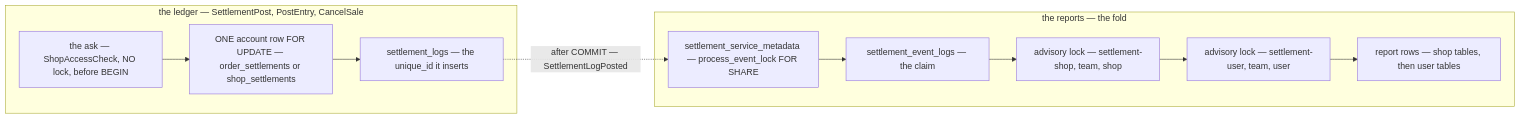
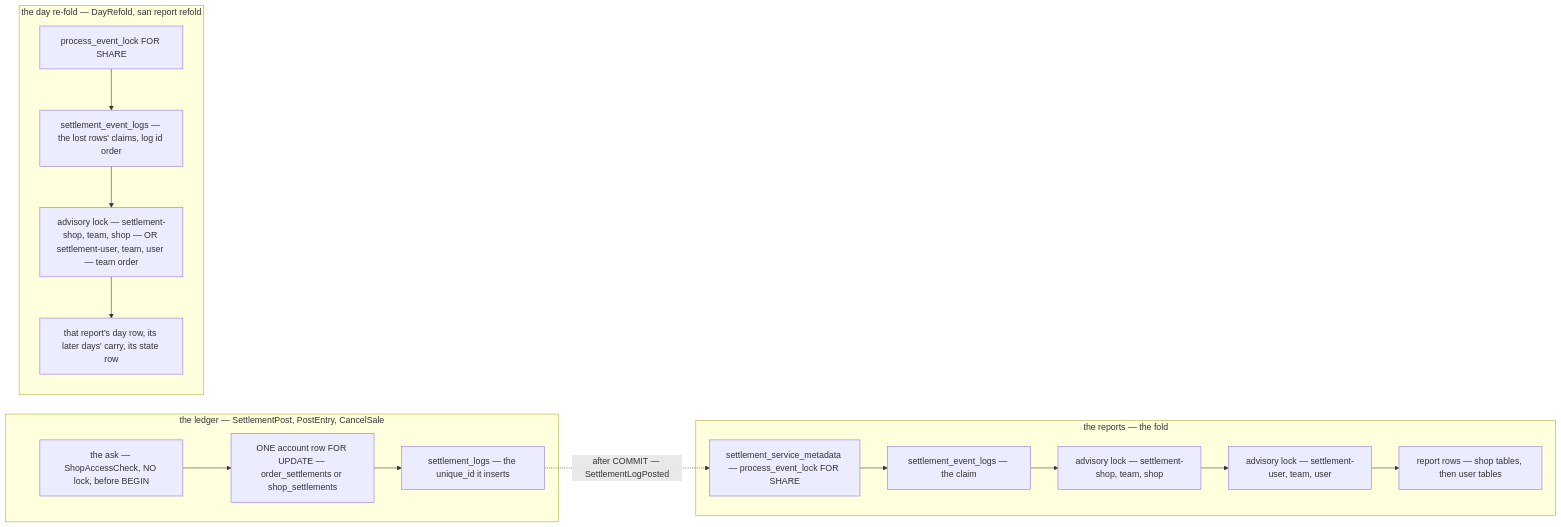
Before and after one commit to pdcgo/warehouse_revamp: the diagram in audits/services/settlement_service/concurrency/lock-order.md, drawn with Mermaid. The commit also changed other lines of this file and 445 other files, not shown here.

````diff
--- a/audits/services/settlement_service/concurrency/lock-order.md
+++ b/audits/services/settlement_service/concurrency/lock-order.md
@@ -18,14 +18,19 @@
 ```mermaid
 flowchart LR
   subgraph "the ledger — SettlementPost, PostEntry, CancelSale"
     ask["the ask — ShopAccessCheck, NO lock, before BEGIN"] --> acct["ONE account row FOR UPDATE — order_settlements or shop_settlements"]
     acct --> key["settlement_logs — the unique_id it inserts"]
   end
   subgraph "the reports — the fold"
     meta["settlement_service_metadata — process_event_lock FOR SHARE"] --> claim["settlement_event_logs — the claim"]
     claim --> shopadv["advisory lock — settlement-shop, team, shop"]
     shopadv --> useradv["advisory lock — settlement-user, team, user"]
     useradv --> rows["report rows — shop tables, then user tables"]
   end
   key -. "after COMMIT — SettlementLogPosted" .-> meta
+  subgraph "the day re-fold — DayRefold, san report refold"
+    rmeta["process_event_lock FOR SHARE"] --> rclaim["settlement_event_logs — the lost rows' claims, log id order"]
+    rclaim --> radv["advisory lock — settlement-shop, team, shop — OR settlement-user, team, user — team order"]
+    radv --> rrows["that report's day row, its later days' carry, its state row"]
+  end
 ```
````
